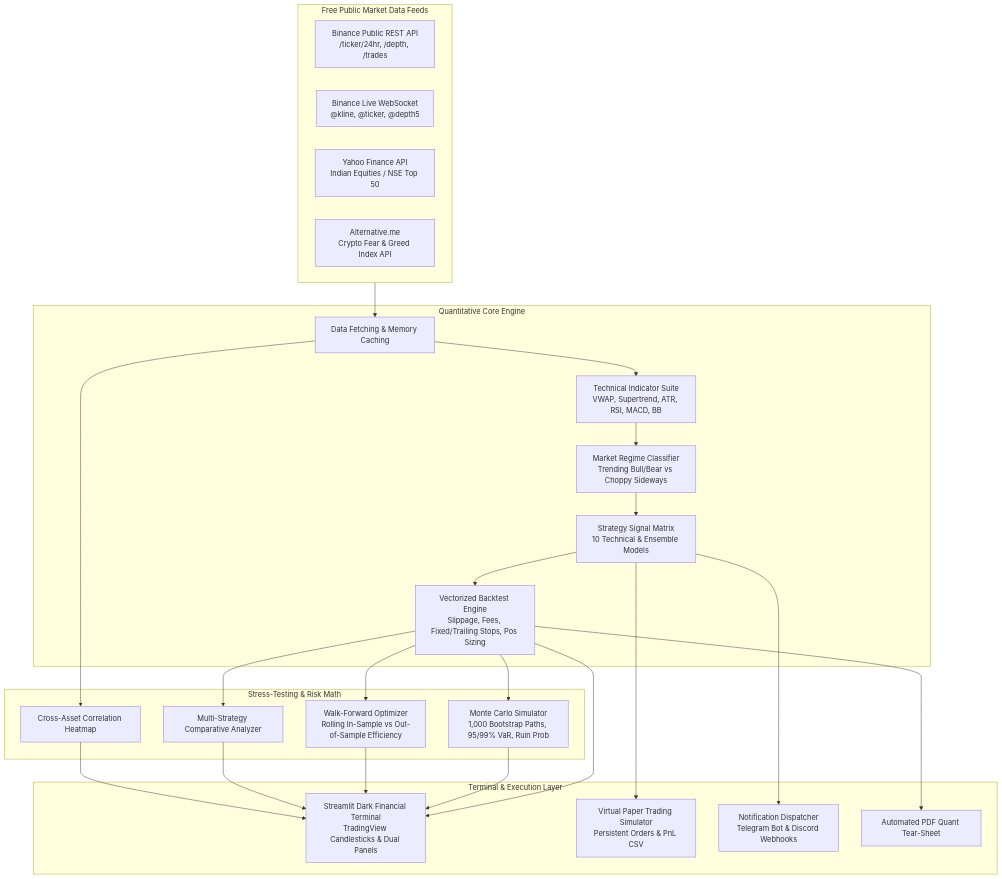
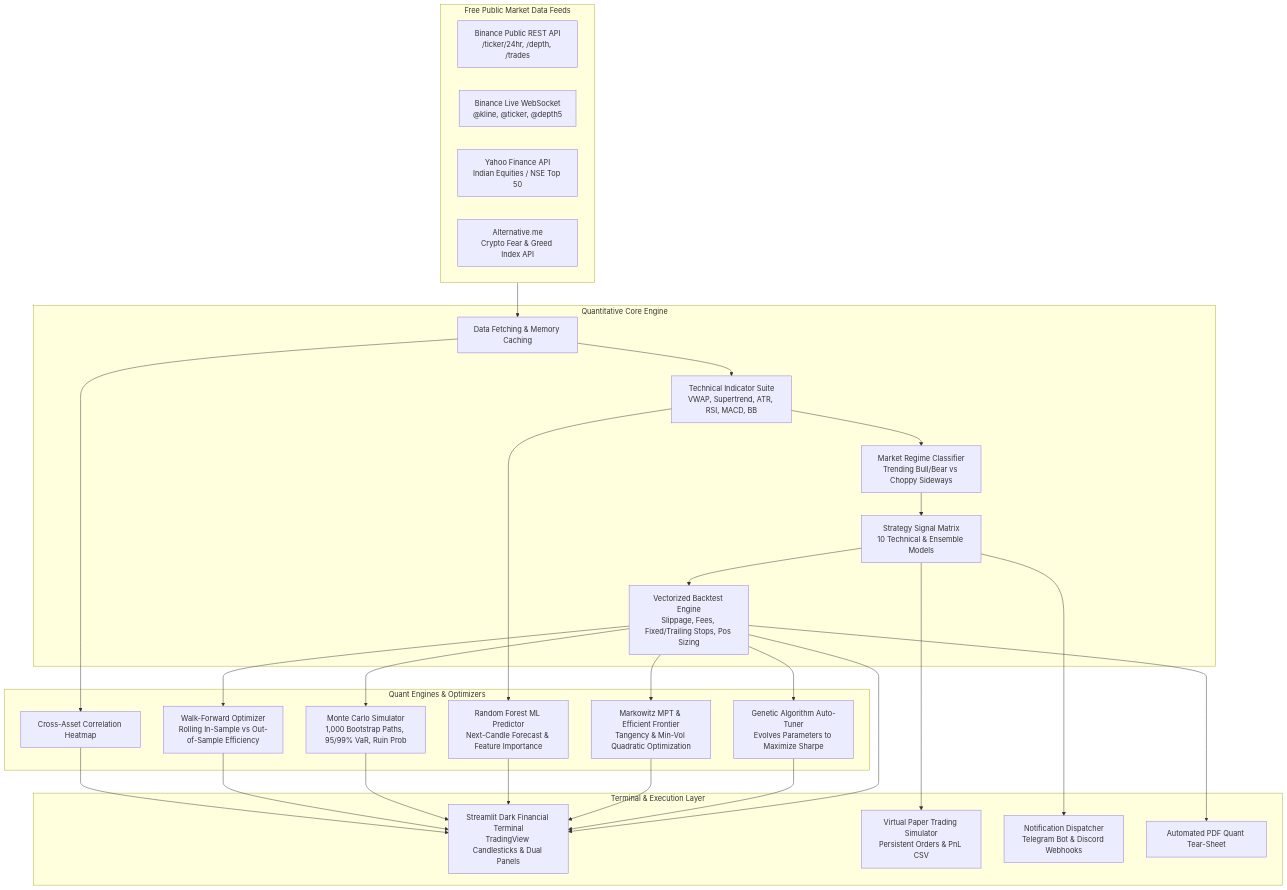
One commit to kartikkalliyan/CurrencyKartz changed the diagram in README.md. Above: the diagram before and after it, drawn with Mermaid. The commit also changed other lines of this file and 7 other files, not shown here.

Commit message:
Add Genetic Algorithm Auto-Tuner, Markowitz Efficient Frontier (MPT), and ML Direction Predictor (90 tests passing)

````diff
--- a/README.md
+++ b/README.md
@@ -34,49 +37,55 @@
 ```mermaid
 flowchart TD
     subgraph MarketData [Free Public Market Data Feeds]
         B_REST[Binance Public REST API\n/ticker/24hr, /depth, /trades]
         B_WS[Binance Live WebSocket\n@kline, @ticker, @depth5]
         NSE[Yahoo Finance API\nIndian Equities / NSE Top 50]
         FNG[Alternative.me\nCrypto Fear & Greed Index API]
     end
 
     subgraph CoreEngine [Quantitative Core Engine]
         Cache[Data Fetching & Memory Caching]
         Ind[Technical Indicator Suite\nVWAP, Supertrend, ATR, RSI, MACD, BB]
         Regime[Market Regime Classifier\nTrending Bull/Bear vs Choppy Sideways]
         Strat[Strategy Signal Matrix\n10 Technical & Ensemble Models]
         Backtest[Vectorized Backtest Engine\nSlippage, Fees, Fixed/Trailing Stops, Pos Sizing]
     end
 
-    subgraph AdvancedAnalytics [Stress-Testing & Risk Math]
+    subgraph AdvancedAnalytics [Quant Engines & Optimizers]
+        GA[Genetic Algorithm Auto-Tuner\nEvolves Parameters to Maximize Sharpe]
+        MPT[Markowitz MPT & Efficient Frontier\nTangency & Min-Vol Quadratic Optimization]
+        ML[Random Forest ML Predictor\nNext-Candle Forecast & Feature Importance]
         MC[Monte Carlo Simulator\n1,000 Bootstrap Paths, 95/99% VaR, Ruin Prob]
         WF[Walk-Forward Optimizer\nRolling In-Sample vs Out-of-Sample Efficiency]
         Heatmap[Cross-Asset Correlation Heatmap]
-        Comp[Multi-Strategy Comparative Analyzer]
     end
 
     subgraph ExecutionUI [Terminal & Execution Layer]
         UI[Streamlit Dark Financial Terminal\nTradingView Candlesticks & Dual Panels]
         Paper[Virtual Paper Trading Simulator\nPersistent Orders & PnL CSV]
         Alerts[Notification Dispatcher\nTelegram Bot & Discord Webhooks]
         Reports[Automated PDF Quant Tear-Sheet]
     end
 
     MarketData --> Cache
     Cache --> Ind
     Ind --> Regime
     Regime --> Strat
     Strat --> Backtest
+    Backtest --> GA
+    Backtest --> MPT
+    Ind --> ML
     Backtest --> MC
     Backtest --> WF
-    Backtest --> Comp
     Cache --> Heatmap
     Backtest --> UI
+    GA --> UI
+    MPT --> UI
+    ML --> UI
     MC --> UI
     WF --> UI
-    Comp --> UI
     Heatmap --> UI
     Strat --> Paper
     Strat --> Alerts
     Backtest --> Reports
 ```
````
